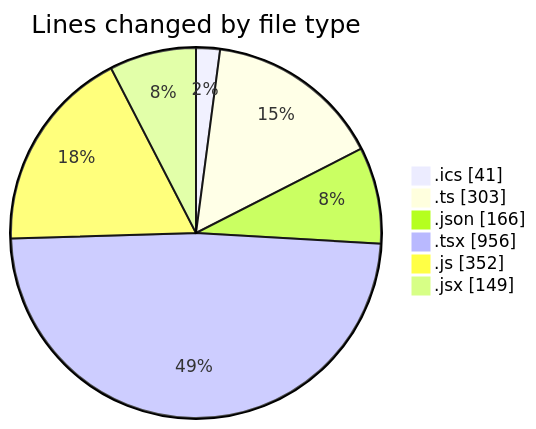
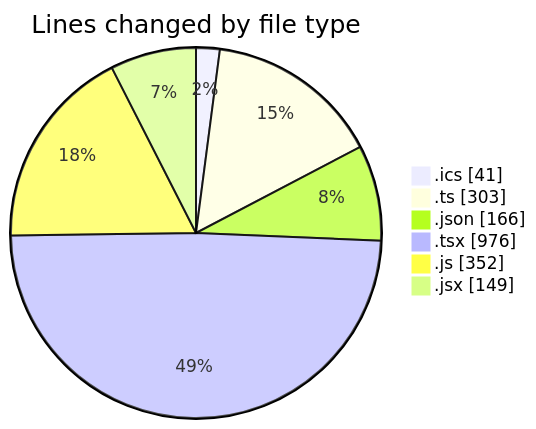
One commit to momahboobian/code-tracking changed the first of 2 diagrams in 2025-10-28/cda/README.md. Above: the diagram before and after it, drawn with Mermaid. The commit also changed other lines of this file and 1 other file, not shown here.

````diff
--- a/2025-10-28/cda/README.md
+++ b/2025-10-28/cda/README.md
@@ -36,10 +36,10 @@
 ```mermaid
 pie showData
 title Lines changed by file type
 ".ics" : 41
 ".ts" : 303
 ".json" : 166
-".tsx" : 956
+".tsx" : 976
 ".js" : 352
 ".jsx" : 149
 ```
````
